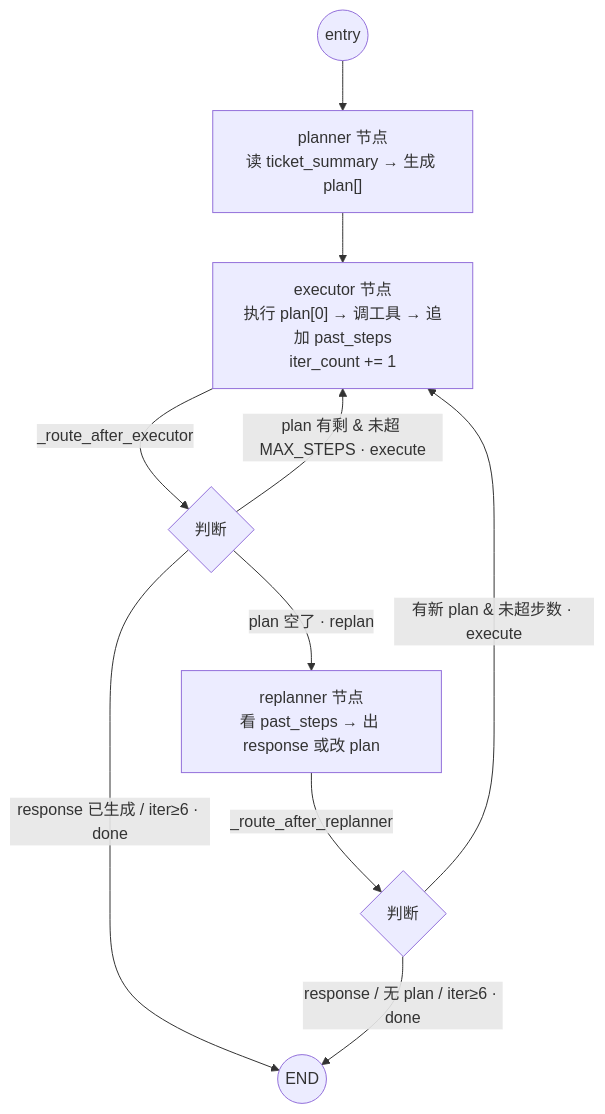
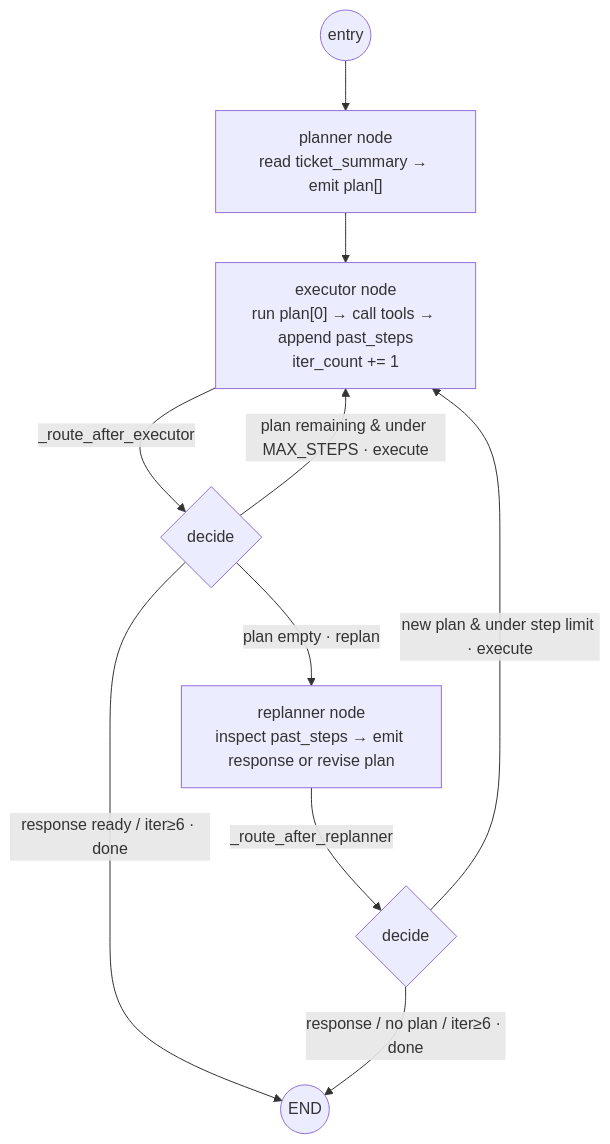
Before and after one commit to AndyUneducated/resolve-ai: the fifth of 6 diagrams in README.md, drawn with Mermaid. The commit also changed other lines of this file and 79 other files, not shown here.

````diff
--- a/README.md
+++ b/README.md
@@ -150,12 +150,12 @@
 ```mermaid
 flowchart TD
-  S((entry)) --> planner["planner 节点<br/>读 ticket_summary → 生成 plan[]"]
-  planner --> executor["executor 节点<br/>执行 plan[0] → 调工具 → 追加 past_steps<br/>iter_count += 1"]
-  executor -->|"_route_after_executor"| rex{"判断"}
-  rex -->|"plan 有剩 & 未超 MAX_STEPS · execute"| executor
-  rex -->|"plan 空了 · replan"| replanner["replanner 节点<br/>看 past_steps → 出 response 或改 plan"]
-  rex -->|"response 已生成 / iter≥6 · done"| E((END))
-  replanner -->|"_route_after_replanner"| rrep{"判断"}
-  rrep -->|"有新 plan & 未超步数 · execute"| executor
-  rrep -->|"response / 无 plan / iter≥6 · done"| E
+  S((entry)) --> planner["planner node<br/>read ticket_summary → emit plan[]"]
+  planner --> executor["executor node<br/>run plan[0] → call tools → append past_steps<br/>iter_count += 1"]
+  executor -->|"_route_after_executor"| rex{"decide"}
+  rex -->|"plan remaining & under MAX_STEPS · execute"| executor
+  rex -->|"plan empty · replan"| replanner["replanner node<br/>inspect past_steps → emit response or revise plan"]
+  rex -->|"response ready / iter≥6 · done"| E((END))
+  replanner -->|"_route_after_replanner"| rrep{"decide"}
+  rrep -->|"new plan & under step limit · execute"| executor
+  rrep -->|"response / no plan / iter≥6 · done"| E
 ```
````
